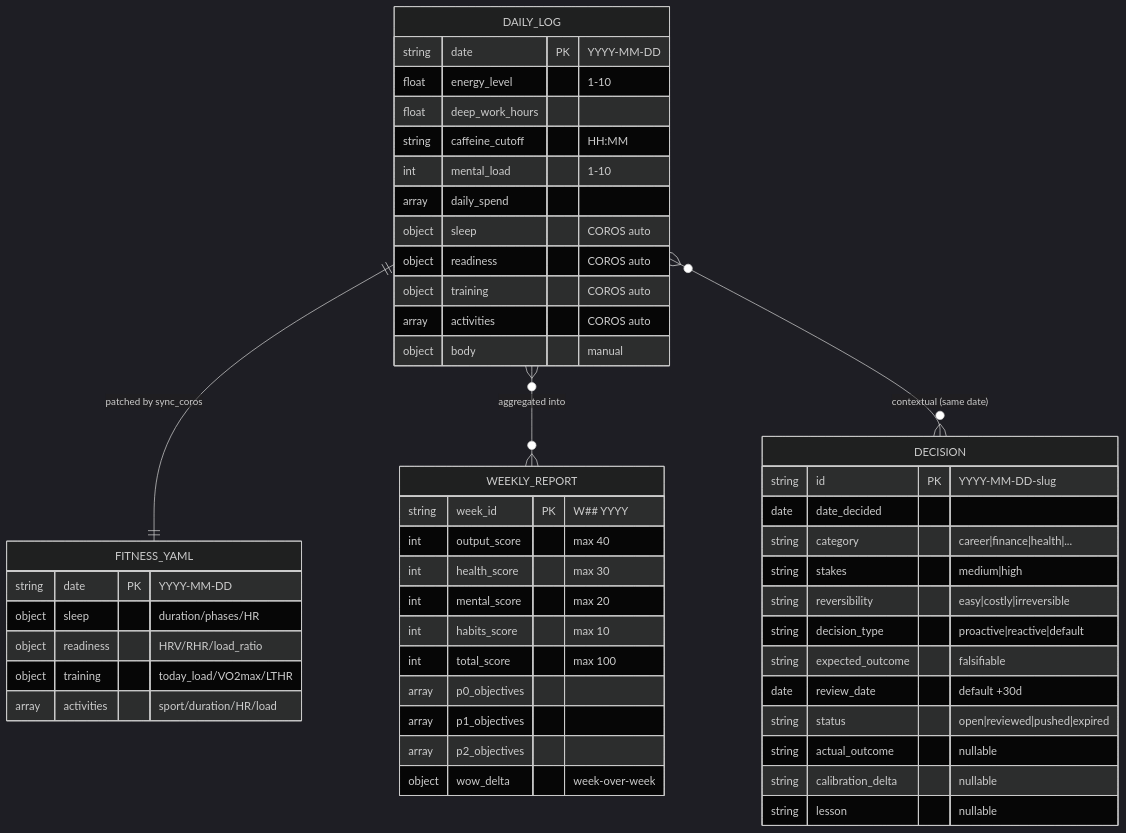
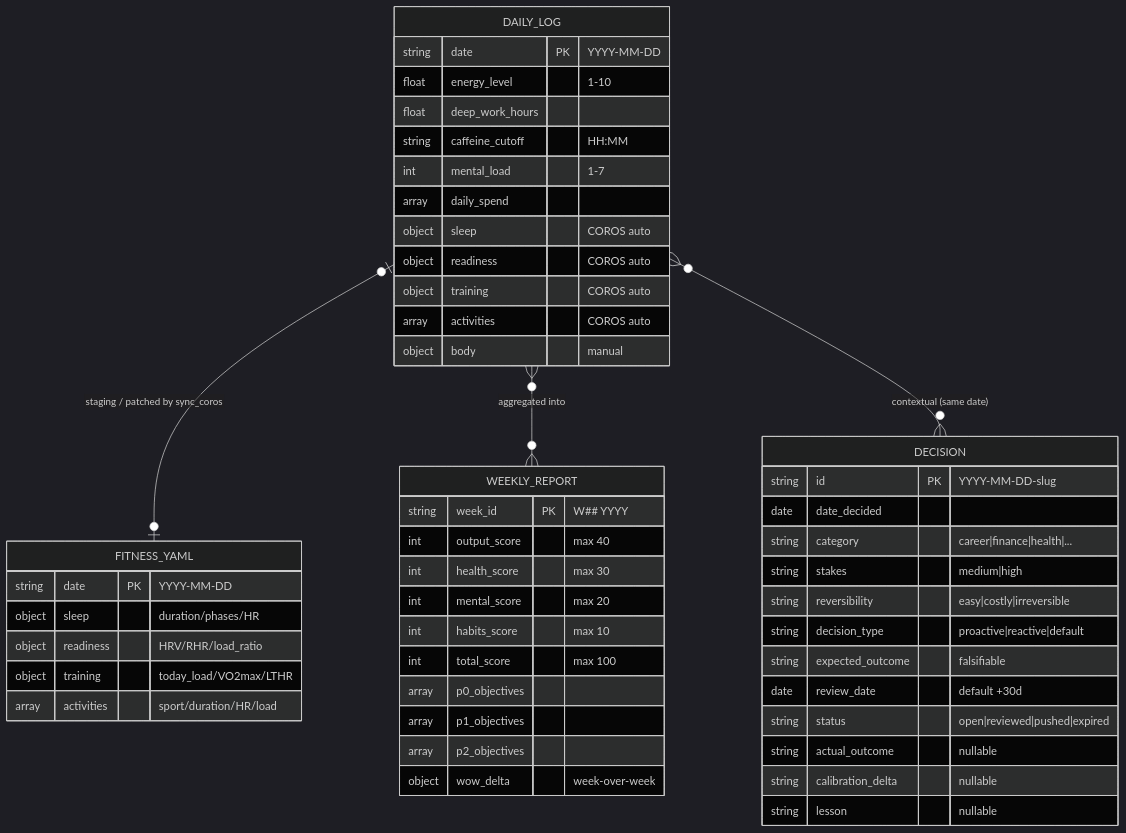
One commit to KelvinYou/personal-os changed the fourth of 7 diagrams in ARCHITECTURE.md. Above: the diagram before and after it, drawn with Mermaid (dark theme). The commit also changed other lines of this file and 3 other files, not shown here.

First line of the commit message:
fix(docs): add mermaid lint, fix GitHub-rendering line breaks

````diff
--- a/ARCHITECTURE.md
+++ b/ARCHITECTURE.md
@@ -150,56 +153,56 @@
 ```mermaid
 erDiagram
     DAILY_LOG {
         string date PK "YYYY-MM-DD"
         float energy_level "1-10"
         float deep_work_hours
         string caffeine_cutoff "HH:MM"
-        int mental_load "1-10"
+        int mental_load "1-7"
         array daily_spend
         object sleep "COROS auto"
         object readiness "COROS auto"
         object training "COROS auto"
         array activities "COROS auto"
         object body "manual"
     }
 
     FITNESS_YAML {
         string date PK "YYYY-MM-DD"
         object sleep "duration/phases/HR"
         object readiness "HRV/RHR/load_ratio"
         object training "today_load/VO2max/LTHR"
         array activities "sport/duration/HR/load"
     }
 
     WEEKLY_REPORT {
         string week_id PK "W## YYYY"
         int output_score "max 40"
         int health_score "max 30"
         int mental_score "max 20"
         int habits_score "max 10"
         int total_score "max 100"
         array p0_objectives
         array p1_objectives
         array p2_objectives
         object wow_delta "week-over-week"
     }
 
     DECISION {
         string id PK "YYYY-MM-DD-slug"
         date date_decided
         string category "career|finance|health|..."
         string stakes "medium|high"
         string reversibility "easy|costly|irreversible"
         string decision_type "proactive|reactive|default"
         string expected_outcome "falsifiable"
         date review_date "default +30d"
         string status "open|reviewed|pushed|expired"
         string actual_outcome "nullable"
         string calibration_delta "nullable"
         string lesson "nullable"
     }
 
-    DAILY_LOG ||--|| FITNESS_YAML : "patched by sync_coros"
+    DAILY_LOG o|--o| FITNESS_YAML : "staging / patched by sync_coros"
     DAILY_LOG }o--o{ WEEKLY_REPORT : "aggregated into"
     DAILY_LOG }o--o{ DECISION : "contextual (same date)"
 ```
````
